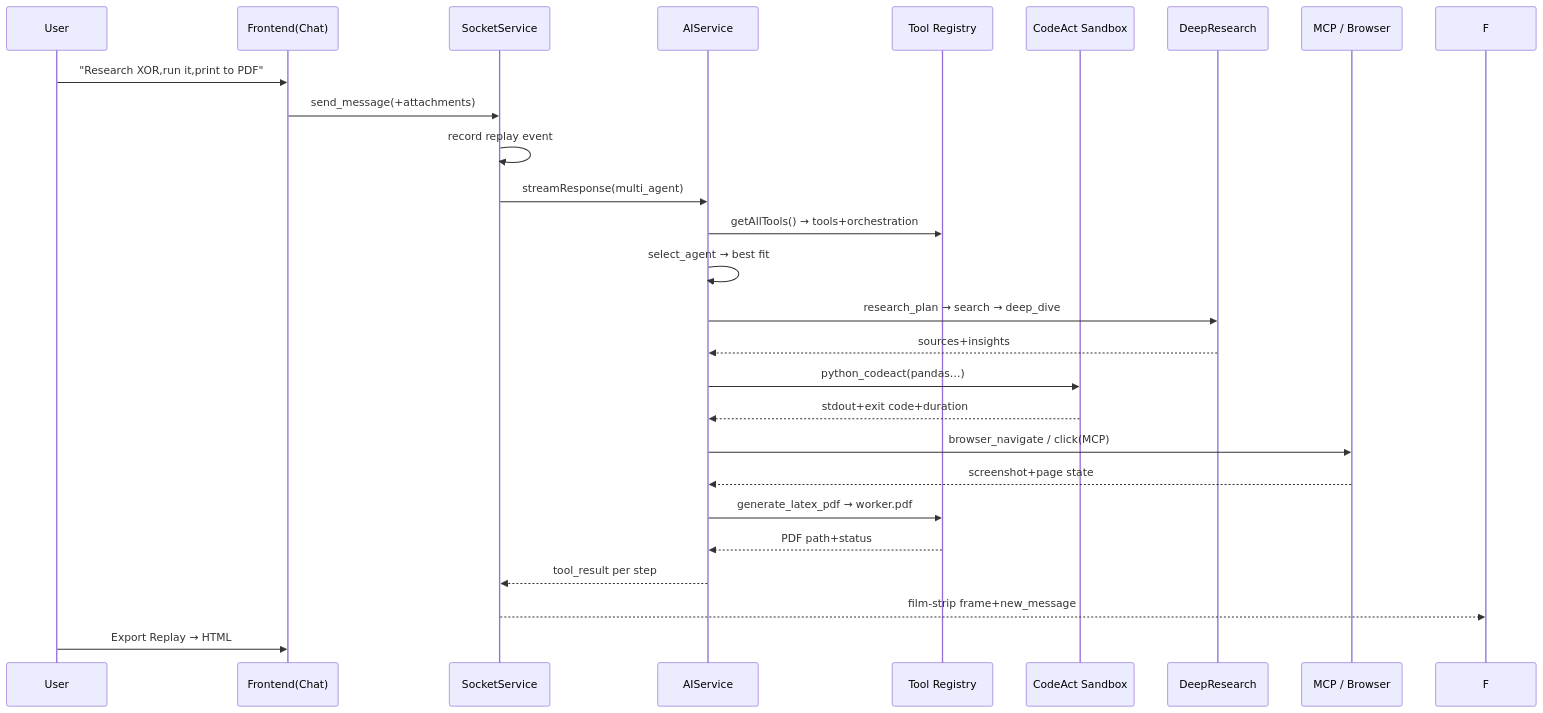
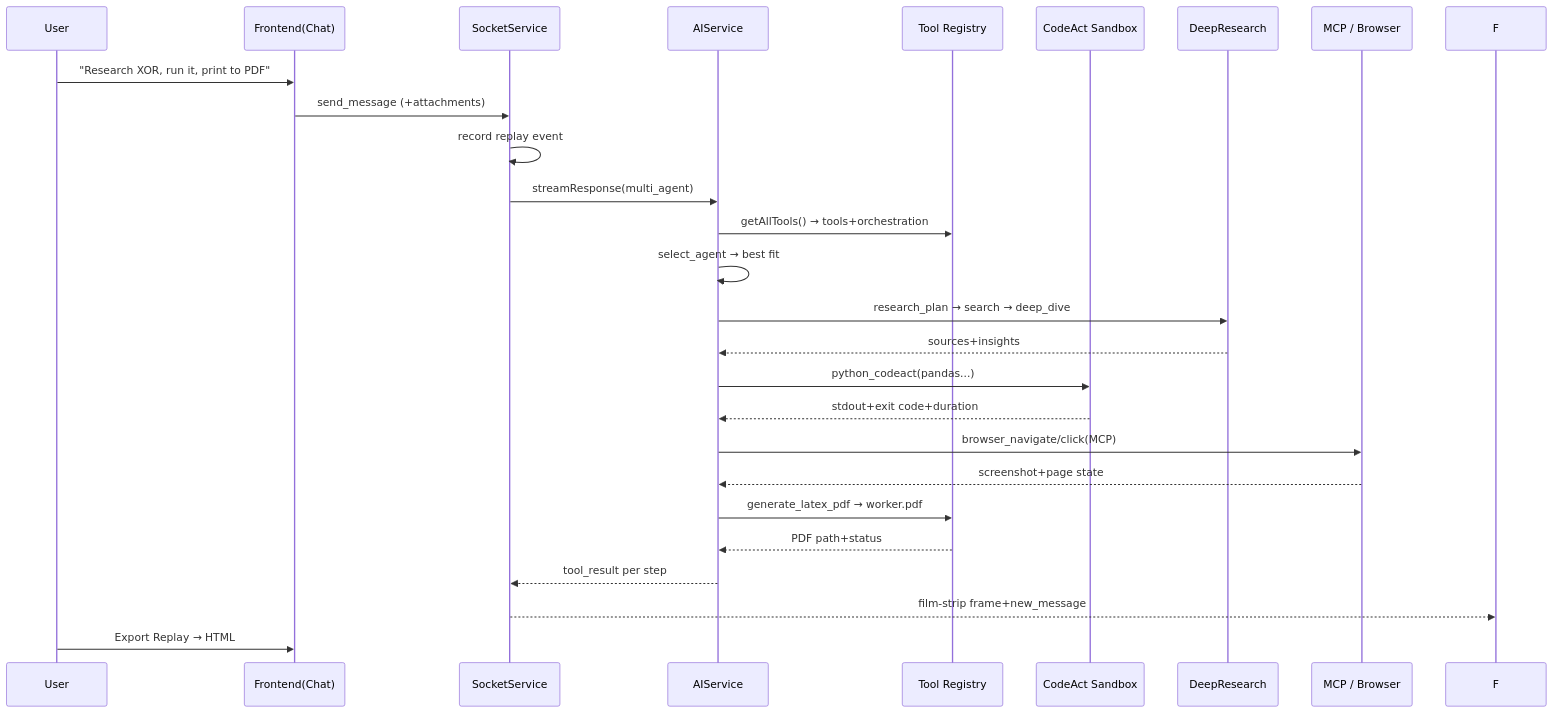
One commit to robloxsagax-web/Autopilot changed the second of 3 diagrams in README.md. Above: the diagram before and after it, drawn with Mermaid. The commit also changed other lines of this file, not shown here.

````diff
--- a/README.md
+++ b/README.md
@@ -369,29 +313,29 @@
 ```mermaid
 sequenceDiagram
     participant U as User
     participant FS as Frontend(Chat)
     participant SS as SocketService
     participant AI as AIService
     participant T as Tool Registry
     participant CA as CodeAct Sandbox
     participant DR as DeepResearch
     participant M as MCP / Browser
 
-    U->>FS:"Research XOR,run it,print to PDF"
-    FS->>SS:send_message(+attachments)
-    SS->>SS:record replay event
-    SS->>AI:streamResponse(multi_agent)
-    AI->>T:getAllTools() → tools+orchestration
-    AI->>AI:select_agent → best fit
-    AI->>DR:research_plan → search → deep_dive
-    DR-->>AI:sources+insights
-    AI->>CA:python_codeact(pandas…)
-    CA-->>AI:stdout+exit code+duration
-    AI->>M:browser_navigate / click(MCP)
-    M-->>AI:screenshot+page state
-    AI->>T:generate_latex_pdf → worker.pdf
-    T-->>AI:PDF path+status
-    AI-->>SS:tool_result per step
-    SS-->>F:film-strip frame+new_message
-    U->>FS:Export Replay → HTML
+    U->>FS: "Research XOR, run it, print to PDF"
+    FS->>SS: send_message (+attachments)
+    SS->>SS: record replay event
+    SS->>AI: streamResponse(multi_agent)
+    AI->>T: getAllTools() → tools+orchestration
+    AI->>AI: select_agent → best fit
+    AI->>DR: research_plan → search → deep_dive
+    DR-->>AI: sources+insights
+    AI->>CA: python_codeact(pandas...)
+    CA-->>AI: stdout+exit code+duration
+    AI->>M: browser_navigate/click(MCP)
+    M-->>AI: screenshot+page state
+    AI->>T: generate_latex_pdf → worker.pdf
+    T-->>AI: PDF path+status
+    AI-->>SS: tool_result per step
+    SS-->>F: film-strip frame+new_message
+    U->>FS: Export Replay → HTML
 ```
````
